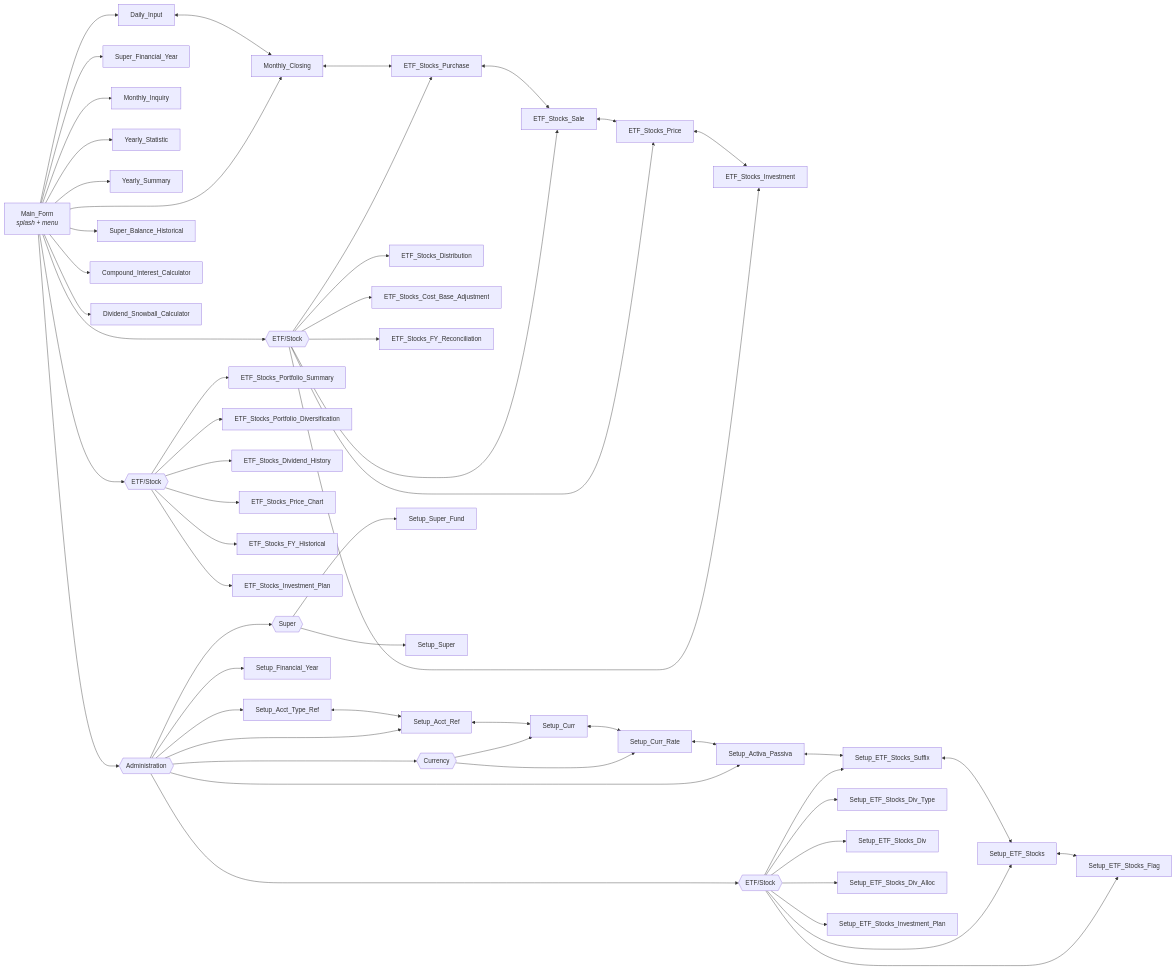
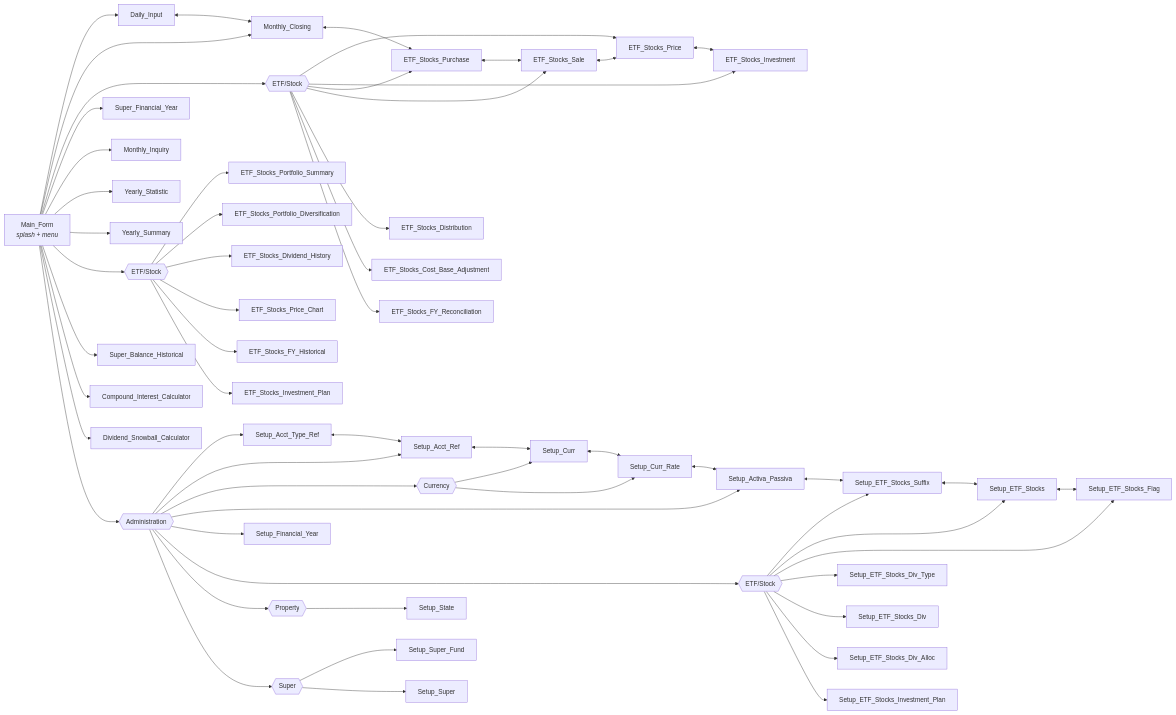
One commit to oscar-rijadi/FinancialBalance changed the second of 3 diagrams in README.md. Above: the diagram before and after it, drawn with Mermaid. The commit also changed other lines of this file and 62 other files, not shown here.

````diff
--- a/README.md
+++ b/README.md
@@ -107,63 +108,65 @@
 ```mermaid
 flowchart LR
     MAIN["Main_Form<br/><i>splash + menu</i>"]
 
     MAIN --> DI["Daily_Input"]
     MAIN --> MC["Monthly_Closing"]
     MAIN --> PETFG{{"ETF/Stock"}}
     PETFG --> ETP["ETF_Stocks_Price"]
     PETFG --> ETI["ETF_Stocks_Investment"]
     PETFG --> ETB["ETF_Stocks_Purchase"]
     PETFG --> ETS["ETF_Stocks_Sale"]
     PETFG --> ETD["ETF_Stocks_Distribution"]
     PETFG --> ECB["ETF_Stocks_Cost_Base_Adjustment"]
     PETFG --> ETR["ETF_Stocks_FY_Reconciliation"]
     MAIN --> SFYP["Super_Financial_Year"]
     MAIN --> MI["Monthly_Inquiry"]
     MAIN --> YT["Yearly_Statistic"]
     MAIN --> YS["Yearly_Summary"]
     MAIN --> PORTG{{"ETF/Stock"}}
     PORTG --> PSUM["ETF_Stocks_Portfolio_Summary"]
     PORTG --> PDIV["ETF_Stocks_Portfolio_Diversification"]
     PORTG --> PDVH["ETF_Stocks_Dividend_History"]
     PORTG --> PPCH["ETF_Stocks_Price_Chart"]
     PORTG --> PFYH["ETF_Stocks_FY_Historical"]
     PORTG --> PIVP["ETF_Stocks_Investment_Plan"]
     MAIN --> SBH["Super_Balance_Historical"]
     MAIN --> CIC["Compound_Interest_Calculator"]
     MAIN --> DSC["Dividend_Snowball_Calculator"]
 
     MAIN --> ADMIN{{"Administration"}}
     ADMIN --> SATR["Setup_Acct_Type_Ref"]
     ADMIN --> SAR["Setup_Acct_Ref"]
     ADMIN --> CURG{{"Currency"}}
     CURG --> SC["Setup_Curr"]
     CURG --> SCR["Setup_Curr_Rate"]
     ADMIN --> SAP["Setup_Activa_Passiva"]
     ADMIN --> SFY["Setup_Financial_Year"]
     ADMIN --> ETFG{{"ETF/Stock"}}
     ETFG --> SES["Setup_ETF_Stocks_Suffix"]
     ETFG --> SET["Setup_ETF_Stocks"]
     ETFG --> SEF["Setup_ETF_Stocks_Flag"]
     ETFG --> SDT["Setup_ETF_Stocks_Div_Type"]
     ETFG --> SDV["Setup_ETF_Stocks_Div"]
     ETFG --> SDA["Setup_ETF_Stocks_Div_Alloc"]
     ETFG --> SIP["Setup_ETF_Stocks_Investment_Plan"]
+    ADMIN --> PROPG{{"Property"}}
+    PROPG --> SST["Setup_State"]
     ADMIN --> SUPG{{"Super"}}
     SUPG --> SSF["Setup_Super_Fund"]
     SUPG --> SSU["Setup_Super"]
 
     DI <--> MC
     MC <--> ETB
     ETB <--> ETS
     ETS <--> ETP
     ETP <--> ETI
 
     SATR <--> SAR
     SAR <--> SC
     SC <--> SCR
     SCR <--> SAP
     SAP <--> SES
     SES <--> SET
     SET <--> SEF
 ```
````
